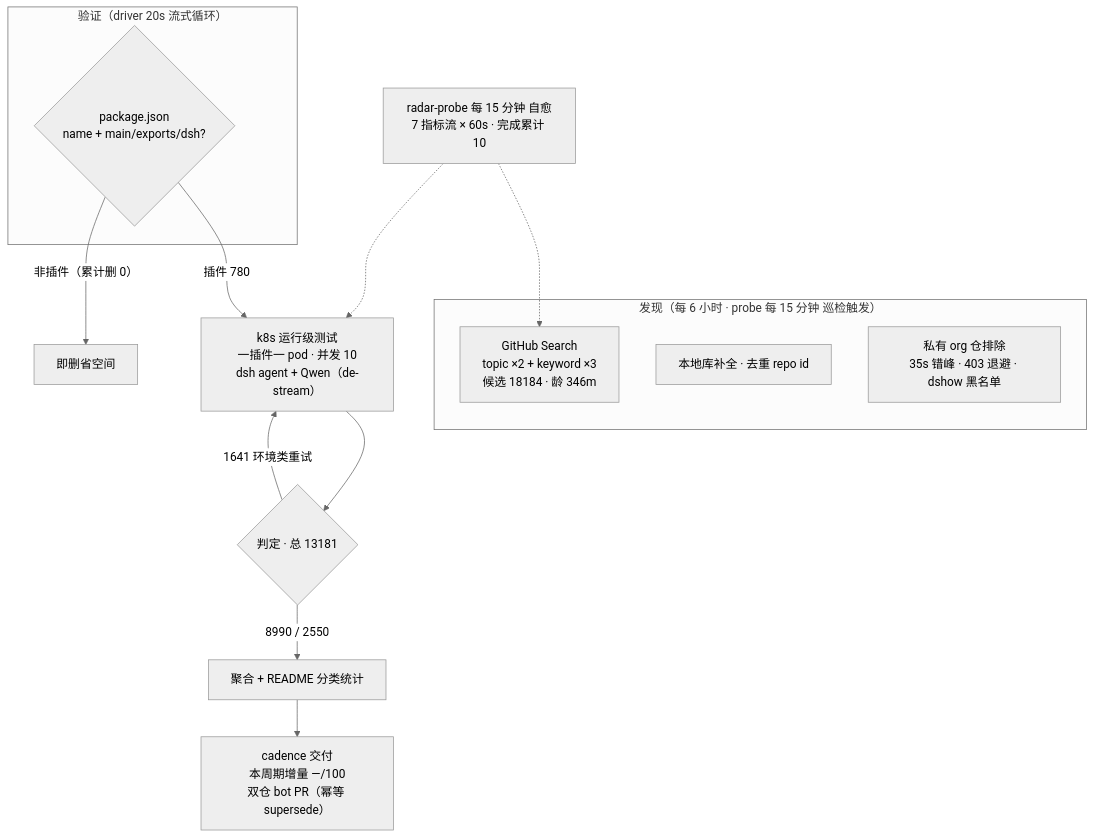
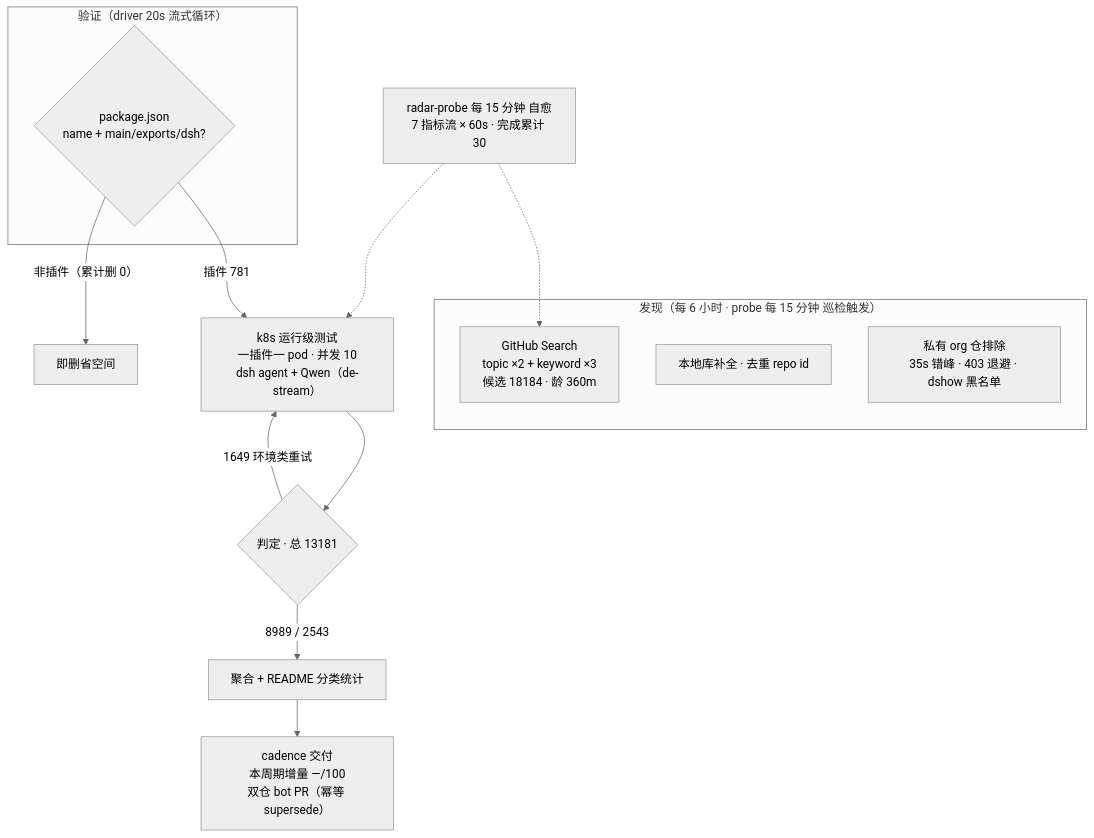
The diagram in README.md (AdamPlatin123/awesome-dsh-plugins), drawn with Mermaid (neutral theme) before and after one commit. The commit also changed other lines of this file and 5 other files, not shown here.

````diff
--- a/README.md
+++ b/README.md
@@ -52,20 +52,20 @@
 ```mermaid
 flowchart TB
     subgraph Discovery["发现（每 6 小时 · probe 每 15 分钟 巡检触发）"]
-        A1["GitHub Search<br/>topic ×2 + keyword ×3<br/>候选 18184 · 龄 346m"]
+        A1["GitHub Search<br/>topic ×2 + keyword ×3<br/>候选 18184 · 龄 360m"]
         A2["本地库补全 · 去重 repo id"]
         A3["私有 org 仓排除<br/>35s 错峰 · 403 退避 · dshow 黑名单"]
     end
     subgraph Validation["验证（driver 20s 流式循环）"]
         B1{"package.json<br/>name + main/exports/dsh?"}
     end
-    B1 -->|"插件 780"| C1["k8s 运行级测试<br/>一插件一 pod · 并发 10<br/>dsh agent + Qwen（de-stream）"]
+    B1 -->|"插件 781"| C1["k8s 运行级测试<br/>一插件一 pod · 并发 10<br/>dsh agent + Qwen（de-stream）"]
     B1 -->|"非插件（累计删 0）"| B3["即删省空间"]
     C1 --> D1{"判定 · 总 13181"}
-    D1 -->|"8990 / 2550"| E1["聚合 + README 分类统计"]
-    D1 -->|"1641 环境类重试"| C1
+    D1 -->|"8989 / 2543"| E1["聚合 + README 分类统计"]
+    D1 -->|"1649 环境类重试"| C1
     E1 --> E2["cadence 交付<br/>本周期增量 —/100<br/>双仓 bot PR（幂等 supersede）"]
-    M["radar-probe 每 15 分钟 自愈<br/>7 指标流 × 60s · 完成累计 10"]
+    M["radar-probe 每 15 分钟 自愈<br/>7 指标流 × 60s · 完成累计 30"]
     M -.-> A1
     M -.-> C1
 ```
````
